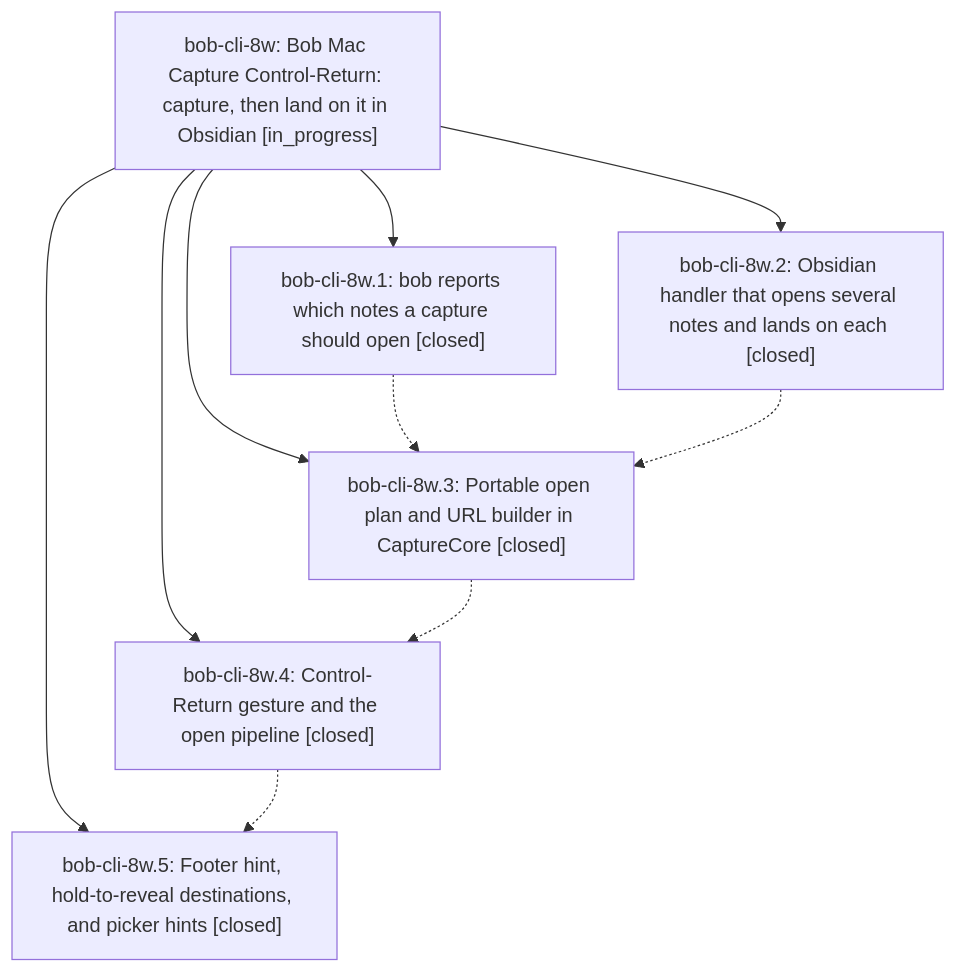
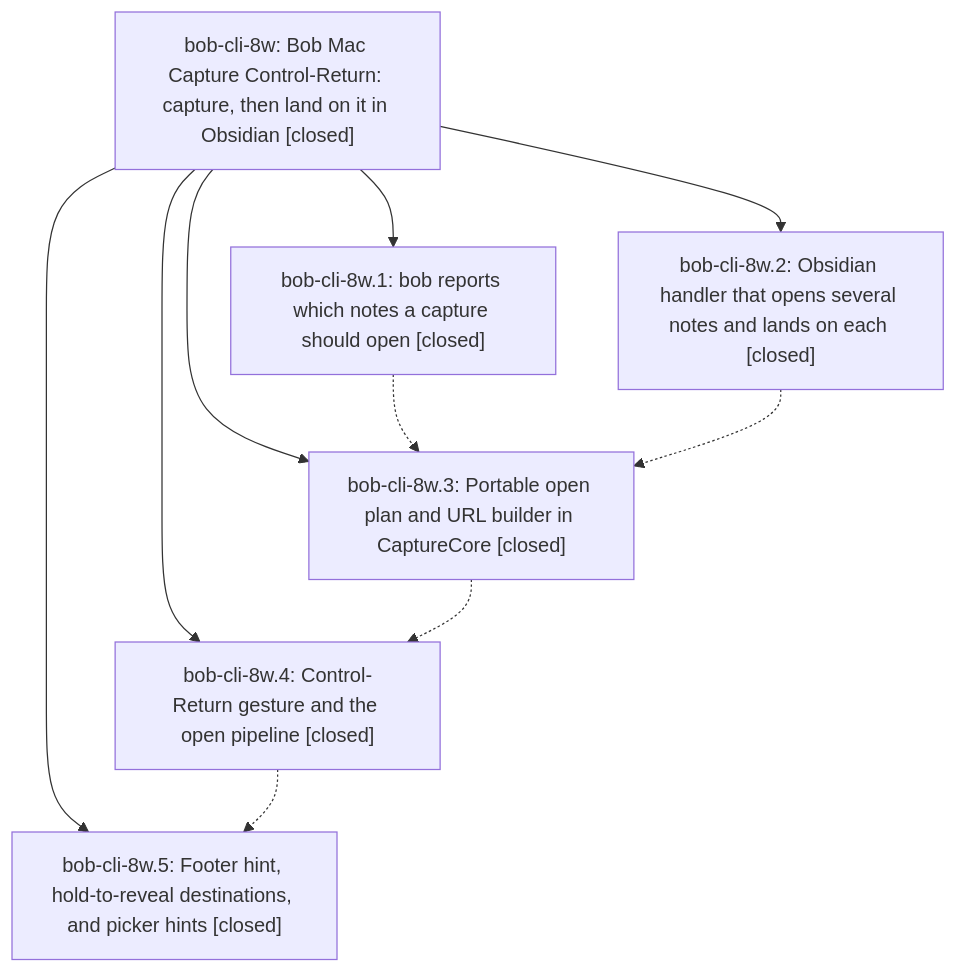
The diagram in pages/bob-cli-8w/README.md (bobs-org/bob-cli--beads), drawn with Mermaid before and after one commit. The commit also changed other lines of this file and 3 other files, not shown here.

First line of the commit message:
chore(beads): sync bead state and pages for bob-cli-8w

````diff
--- a/pages/bob-cli-8w/README.md
+++ b/pages/bob-cli-8w/README.md
@@ -44,18 +69,18 @@
 ```mermaid
 flowchart TD
-    n0["bob-cli-8w: Bob Mac Capture Control-Return: capture, then land on it in Obsidian [in_progress]"]
+    n0["bob-cli-8w: Bob Mac Capture Control-Return: capture, then land on it in Obsidian [closed]"]
     n1["bob-cli-8w.1: bob reports which notes a capture should open [closed]"]
     n2["bob-cli-8w.2: Obsidian handler that opens several notes and lands on each [closed]"]
     n3["bob-cli-8w.3: Portable open plan and URL builder in CaptureCore [closed]"]
     n4["bob-cli-8w.4: Control-Return gesture and the open pipeline [closed]"]
     n5["bob-cli-8w.5: Footer hint, hold-to-reveal destinations, and picker hints [closed]"]
     n0 --> n1
     n0 --> n2
     n0 --> n3
     n0 --> n4
     n0 --> n5
     n1 -.-> n3
     n2 -.-> n3
     n3 -.-> n4
     n4 -.-> n5
 ```
````
